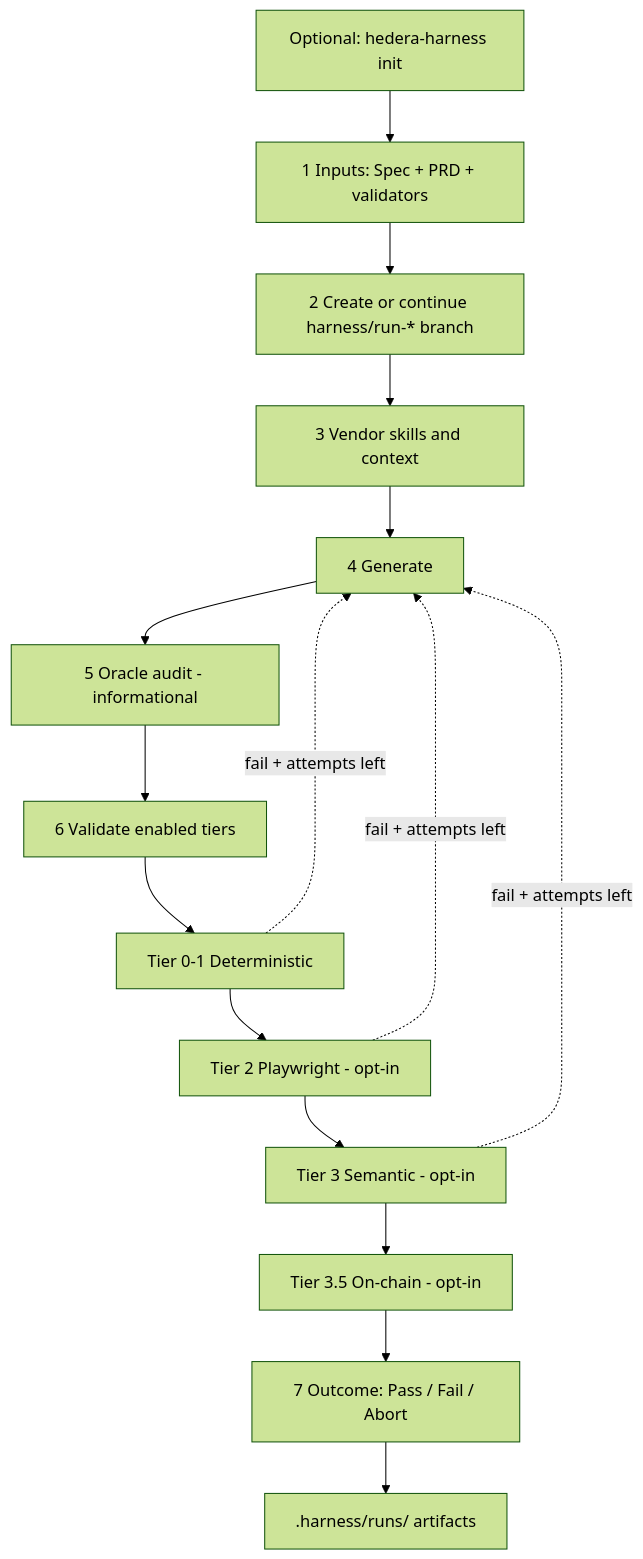
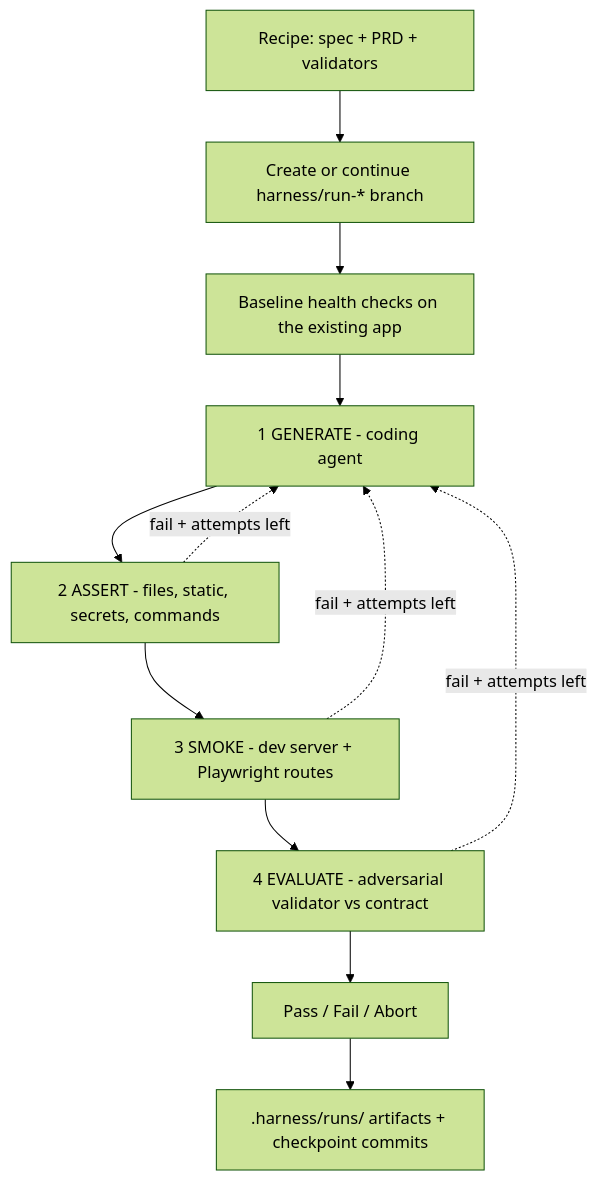
One commit to hedera-dev/hedera-harness changed the diagram in README.md. Above: the diagram before and after it, drawn with Mermaid (forest theme). The commit also changed other lines of this file and 1 other file, not shown here.

````diff
--- a/README.md
+++ b/README.md
@@ -28,18 +19,14 @@
 ```mermaid
 flowchart TD
-  init[Optional: hedera-harness init] --> inputs[1 Inputs: Spec + PRD + validators]
-  inputs --> branch[2 Create or continue harness/run-* branch]
-  branch --> vendor[3 Vendor skills and context]
-  vendor --> generate[4 Generate]
-  generate --> audit[5 Oracle audit - informational]
-  audit --> validate[6 Validate enabled tiers]
-  validate --> tier01[Tier 0-1 Deterministic]
-  tier01 --> tier2[Tier 2 Playwright - opt-in]
-  tier2 --> tier3[Tier 3 Semantic - opt-in]
-  tier3 --> tier35[Tier 3.5 On-chain - opt-in]
-  tier35 --> outcome[7 Outcome: Pass / Fail / Abort]
-  outcome --> artifacts[.harness/runs/ artifacts]
-  tier01 -.->|fail + attempts left| generate
-  tier2 -.->|fail + attempts left| generate
-  tier3 -.->|fail + attempts left| generate
+  inputs[Recipe: spec + PRD + validators] --> branch[Create or continue harness/run-* branch]
+  branch --> baseline[Baseline health checks on the existing app]
+  baseline --> generate[1 GENERATE - coding agent]
+  generate --> assert[2 ASSERT - files, static, secrets, commands]
+  assert --> smoke[3 SMOKE - dev server + Playwright routes]
+  smoke --> evaluate[4 EVALUATE - adversarial validator vs contract]
+  evaluate --> outcome[Pass / Fail / Abort]
+  outcome --> artifacts[.harness/runs/ artifacts + checkpoint commits]
+  assert -.->|fail + attempts left| generate
+  smoke -.->|fail + attempts left| generate
+  evaluate -.->|fail + attempts left| generate
 ```
````
